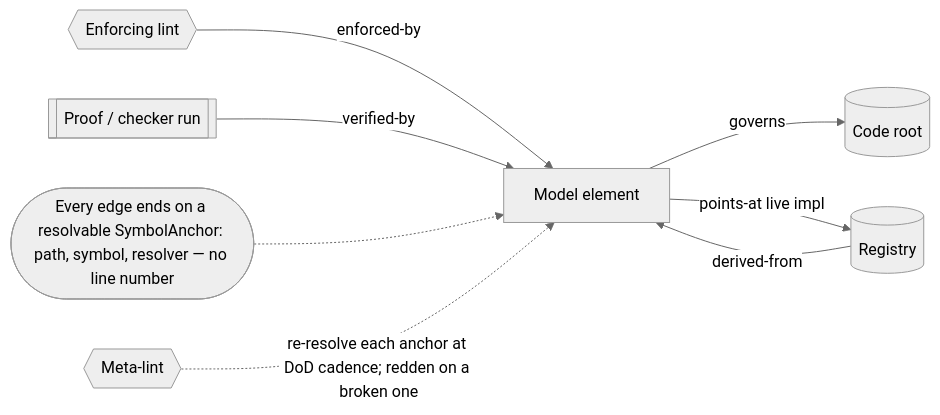
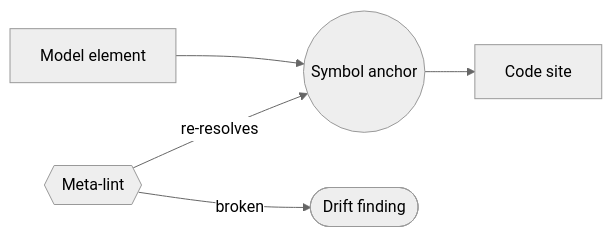
Before and after one commit to davisjam/agent-governance-mechanisms: the diagram in book/appendix-fills/models-bridge/symbol-anchored-traceability-graph.md, drawn with Mermaid (neutral theme). The commit also changed other lines of this file and 25 other files, not shown here.

Commit message:
feat(appxC): bespoke diagrams replacing shared glyphs (batches F+G)

````diff
--- a/book/appendix-fills/models-bridge/symbol-anchored-traceability-graph.md
+++ b/book/appendix-fills/models-bridge/symbol-anchored-traceability-graph.md
@@ -42,10 +42,7 @@
 ```mermaid
 flowchart LR
-  Lint{{Enforcing lint}} -->|enforced-by| Model[Model element]
-  Model -->|governs| Code[(Code root)]
-  Proof[[Proof / checker run]] -->|verified-by| Model
-  Reg[(Registry)] -->|derived-from| Model
-  Model -->|points-at live impl| Reg
-  Anchor([Every edge ends on a resolvable SymbolAnchor: path, symbol, resolver — no line number]) -.-> Model
-  Meta{{Meta-lint}} -.->|re-resolve each anchor at DoD cadence; redden on a broken one| Model
+  M[Model element] --> SA((Symbol anchor))
+  SA --> C[Code site]
+  L{{Meta-lint}} -->|re-resolves| SA
+  L -->|broken| F([Drift finding])
 ```
````
